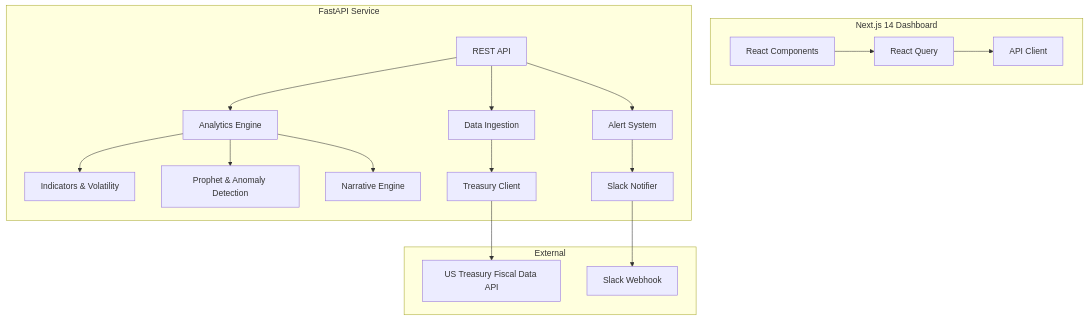
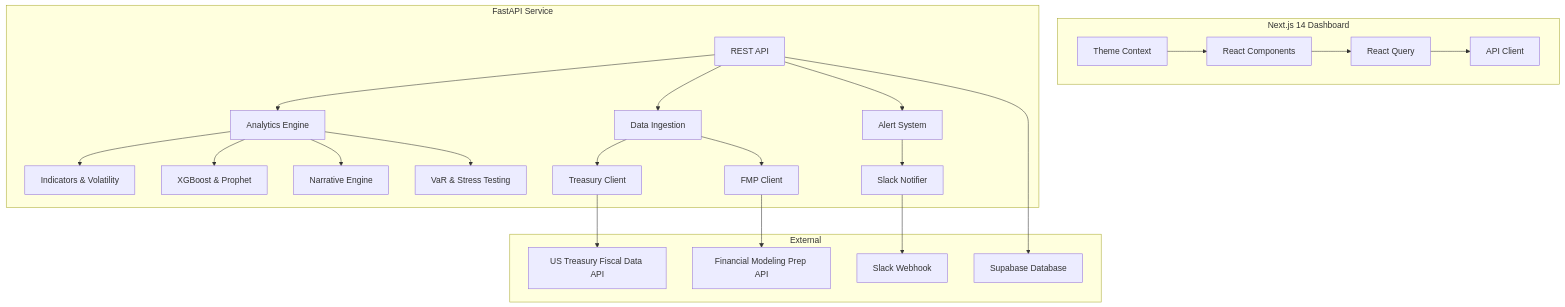
The diagram in README.md (nagasriramnani/Currency-Intelligence-Platform-V2), drawn with Mermaid before and after one commit. The commit also changed other lines of this file and 148 other files, not shown here.

Commit message:
v2.0.0: Complete platform with Risk Analytics, Settings, Dynamic Themes, and Documentation

````diff
--- a/README.md
+++ b/README.md
@@ -76,28 +93,35 @@
 ```mermaid
 graph TD
     subgraph Frontend [Next.js 14 Dashboard]
         UI[React Components] --> RQ[React Query]
         RQ --> API_Client[API Client]
+        Theme[Theme Context] --> UI
     end
 
     subgraph Backend [FastAPI Service]
         API[REST API] --> Analytics[Analytics Engine]
         Analytics --> Indicators[Indicators & Volatility]
-        Analytics --> ML[Prophet & Anomaly Detection]
+        Analytics --> ML[XGBoost & Prophet]
         Analytics --> NLP[Narrative Engine]
+        Analytics --> Risk[VaR & Stress Testing]
         
         API --> Data[Data Ingestion]
         Data --> Treasury[Treasury Client]
+        Data --> FMP[FMP Client]
         
         API --> Alerts[Alert System]
         Alerts --> Slack[Slack Notifier]
     end
 
     subgraph External
         TreasuryAPI[US Treasury Fiscal Data API]
+        FMPAPI[Financial Modeling Prep API]
         SlackAPI[Slack Webhook]
+        Supabase[Supabase Database]
     end
 
     Treasury --> TreasuryAPI
+    FMP --> FMPAPI
     Slack --> SlackAPI
+    API --> Supabase
 ```
````
